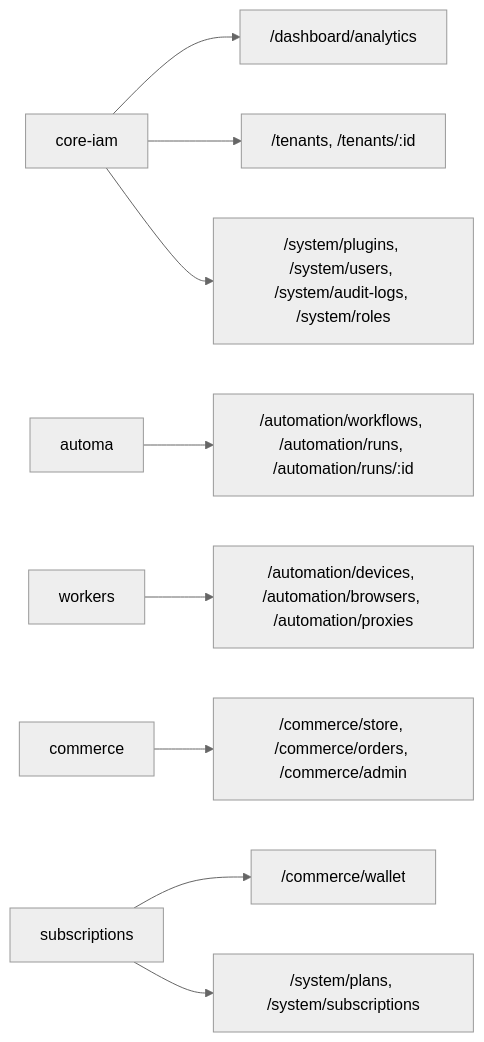
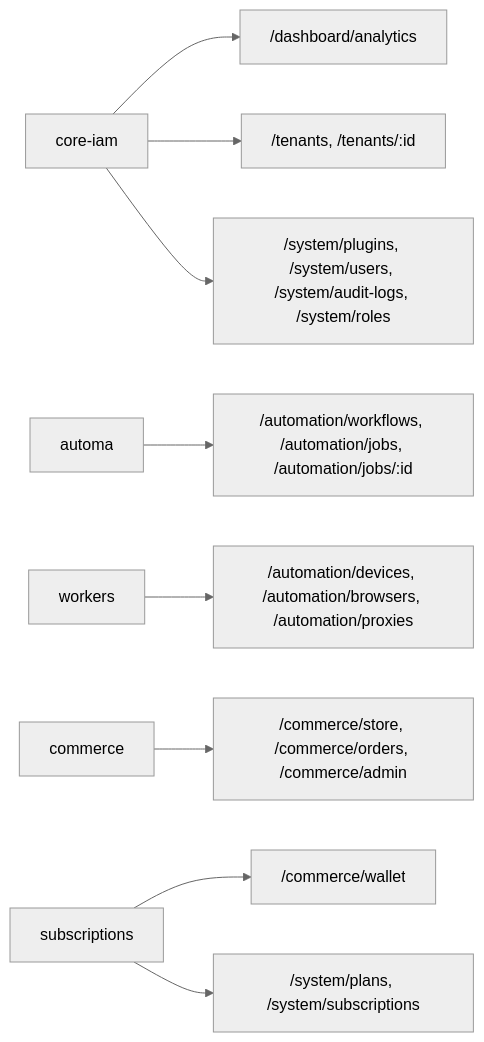
Before and after one commit to tuquet/docs: the second of 2 diagrams in en/admin/architecture/overview.md, drawn with Mermaid (neutral theme). The commit also changed other lines of this file and 27 other files, not shown here.

````diff
--- a/en/admin/architecture/overview.md
+++ b/en/admin/architecture/overview.md
@@ -116,11 +116,11 @@
 ```mermaid
 graph LR
     CoreIAM["core-iam"] --> D["/dashboard/analytics"]
     CoreIAM --> T["/tenants, /tenants/:id"]
     CoreIAM --> S1["/system/plugins, /system/users, /system/audit-logs, /system/roles"]
-    Automa["automa"] --> A1["/automation/workflows, /automation/runs, /automation/runs/:id"]
+    Automa["automa"] --> A1["/automation/workflows, /automation/jobs, /automation/jobs/:id"]
     Workers["workers"] --> A2["/automation/devices, /automation/browsers, /automation/proxies"]
     Commerce["commerce"] --> C1["/commerce/store, /commerce/orders, /commerce/admin"]
     Subs["subscriptions"] --> C2["/commerce/wallet"]
     Subs --> S2["/system/plans, /system/subscriptions"]
 ```
````
